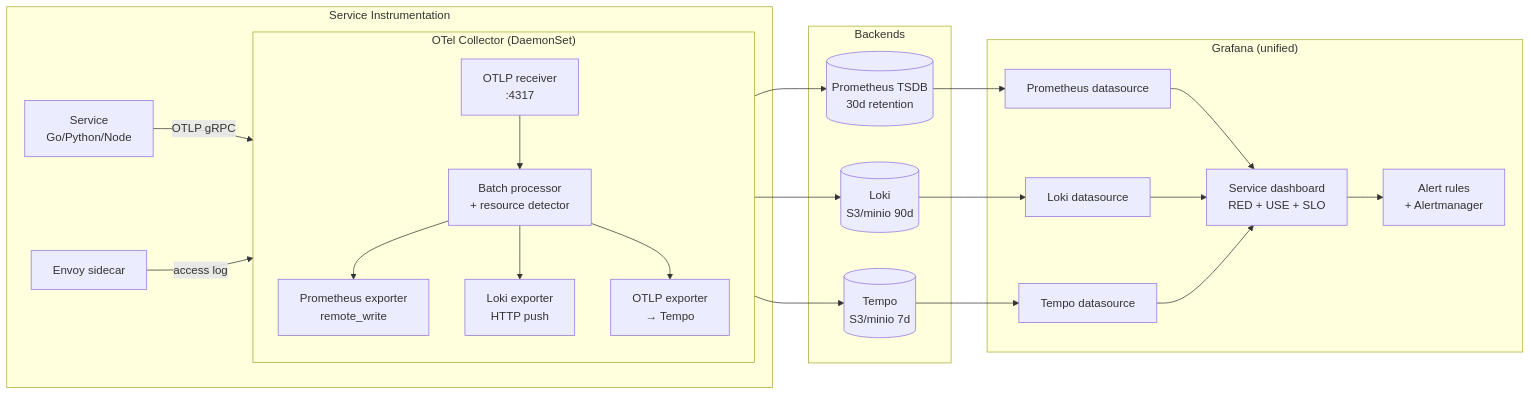
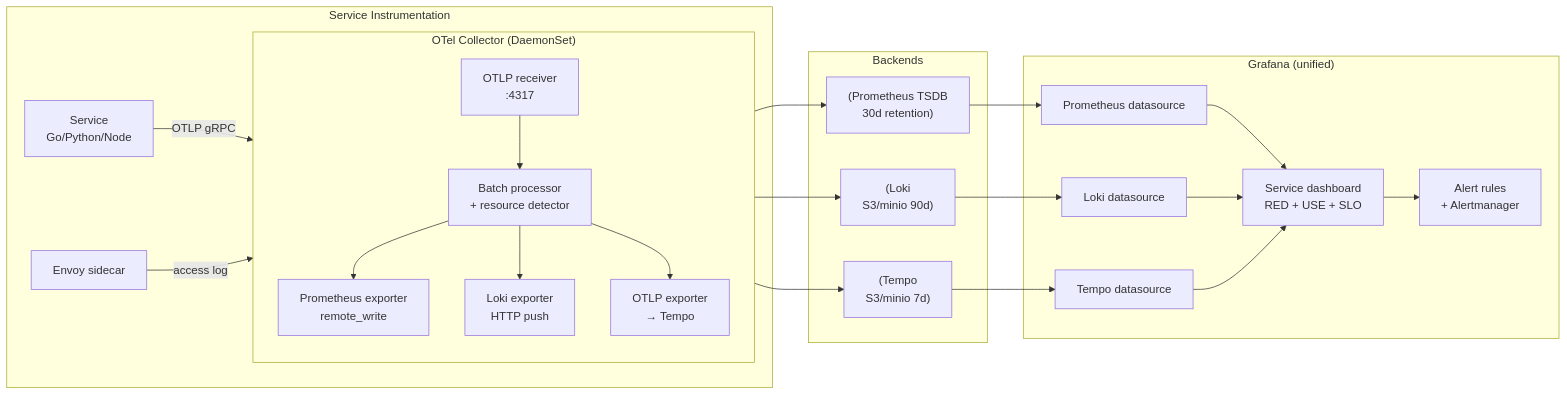
Before and after one commit to srinivaskona7/devops-learning: the fourth of 6 diagrams in 08-projects/10-platform-engineering-end-to-end/architecture.md, drawn with Mermaid. The commit also changed other lines of this file and 220 other files, not shown here.

````diff
--- a/08-projects/10-platform-engineering-end-to-end/architecture.md
+++ b/08-projects/10-platform-engineering-end-to-end/architecture.md
@@ -117,40 +117,40 @@
 ```mermaid
 flowchart LR
     subgraph Instrumentation["Service Instrumentation"]
-        SVC[Service<br/>Go/Python/Node] -->|OTLP gRPC| COLLECTOR
+        SVC["Service<br/>Go/Python/Node"] -->|OTLP gRPC| COLLECTOR
         ENVOY[Envoy sidecar] -->|access log| COLLECTOR
     end
 
     subgraph COLLECTOR["OTel Collector (DaemonSet)"]
         direction TB
-        RECV[OTLP receiver<br/>:4317] --> PROC[Batch processor<br/>+ resource detector]
-        PROC --> EXP1[Prometheus exporter<br/>remote_write]
-        PROC --> EXP2[Loki exporter<br/>HTTP push]
-        PROC --> EXP3[OTLP exporter<br/>→ Tempo]
+        RECV["OTLP receiver<br/>:4317"] --> PROC["Batch processor<br/>+ resource detector"]
+        PROC --> EXP1["Prometheus exporter<br/>remote_write"]
+        PROC --> EXP2["Loki exporter<br/>HTTP push"]
+        PROC --> EXP3["OTLP exporter<br/>→ Tempo"]
     end
 
     subgraph Backends
-        PROM_TSDB[(Prometheus TSDB<br/>30d retention)]
-        LOKI_STORE[(Loki<br/>S3/minio 90d)]
-        TEMPO_STORE[(Tempo<br/>S3/minio 7d)]
+        PROM_TSDB["(Prometheus TSDB<br/>30d retention)"]
+        LOKI_STORE["(Loki<br/>S3/minio 90d)"]
+        TEMPO_STORE["(Tempo<br/>S3/minio 7d)"]
     end
 
     subgraph Grafana["Grafana (unified)"]
         DS_PROM[Prometheus datasource]
         DS_LOKI[Loki datasource]
         DS_TEMPO[Tempo datasource]
-        DASH[Service dashboard<br/>RED + USE + SLO]
-        ALERTS[Alert rules<br/>+ Alertmanager]
+        DASH["Service dashboard<br/>RED + USE + SLO"]
+        ALERTS["Alert rules<br/>+ Alertmanager"]
         DS_PROM --> DASH
         DS_LOKI --> DASH
         DS_TEMPO --> DASH
         DASH --> ALERTS
     end
 
     EXP1 --> PROM_TSDB
     EXP2 --> LOKI_STORE
     EXP3 --> TEMPO_STORE
     PROM_TSDB --> DS_PROM
     LOKI_STORE --> DS_LOKI
     TEMPO_STORE --> DS_TEMPO
 ```
````
